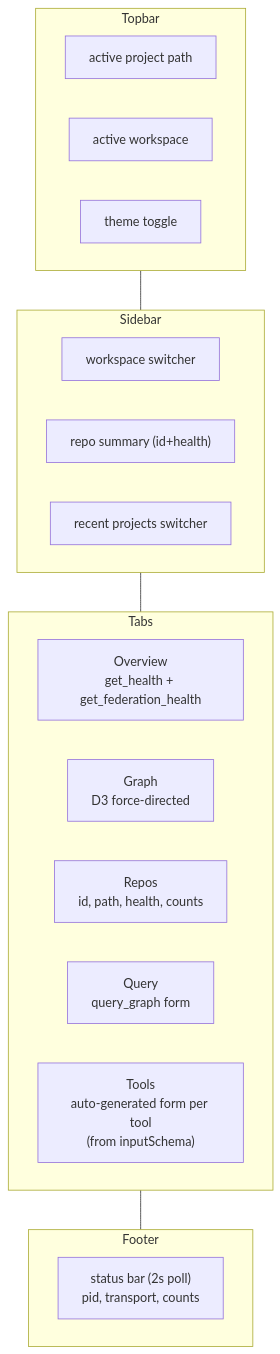
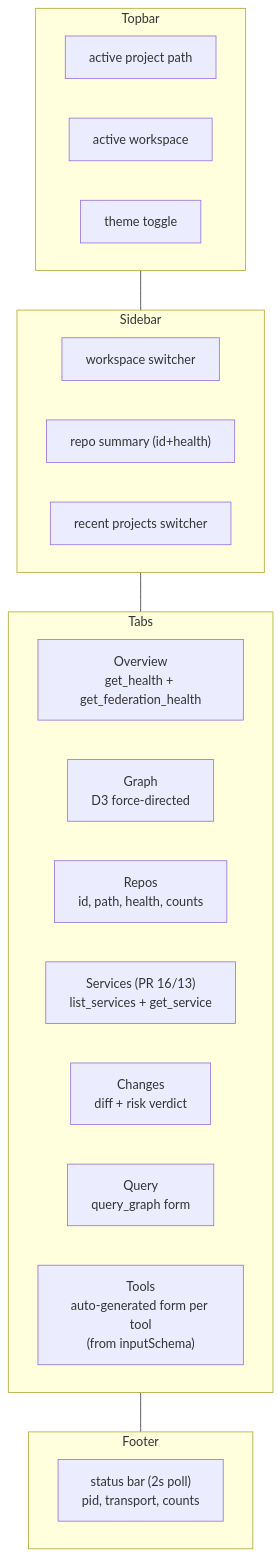
Before and after one commit to spuentesp/lain: the second of 2 diagrams in docs/command-center.md, drawn with Mermaid. The commit also changed other lines of this file and 502 other files, not shown here.

````diff
--- a/docs/command-center.md
+++ b/docs/command-center.md
@@ -84,30 +85,32 @@
 ```mermaid
 flowchart TB
     subgraph TOP["Topbar"]
         PROJ["active project path"]
         WS["active workspace"]
         TH2["theme toggle"]
     end
 
     subgraph SIDE["Sidebar"]
         WSSW["workspace switcher"]
         REPOSW["repo summary (id+health)"]
         RECENT["recent projects switcher"]
     end
 
     subgraph TABS["Tabs"]
         OVW["Overview<br/>get_health + get_federation_health"]
         GRAPH["Graph<br/>D3 force-directed"]
         REPOSTAB["Repos<br/>id, path, health, counts"]
+        SERVICES["Services (PR 16/13)<br/>list_services + get_service"]
+        CH2["Changes<br/>diff + risk verdict"]
         Q["Query<br/>query_graph form"]
         TOOLS["Tools<br/>auto-generated form per tool<br/>(from inputSchema)"]
     end
 
     subgraph FOOT["Footer"]
         SB["status bar (2s poll)<br/>pid, transport, counts"]
     end
 
     TOP --- SIDE
     SIDE --- TABS
     TABS --- FOOT
 ```
````
